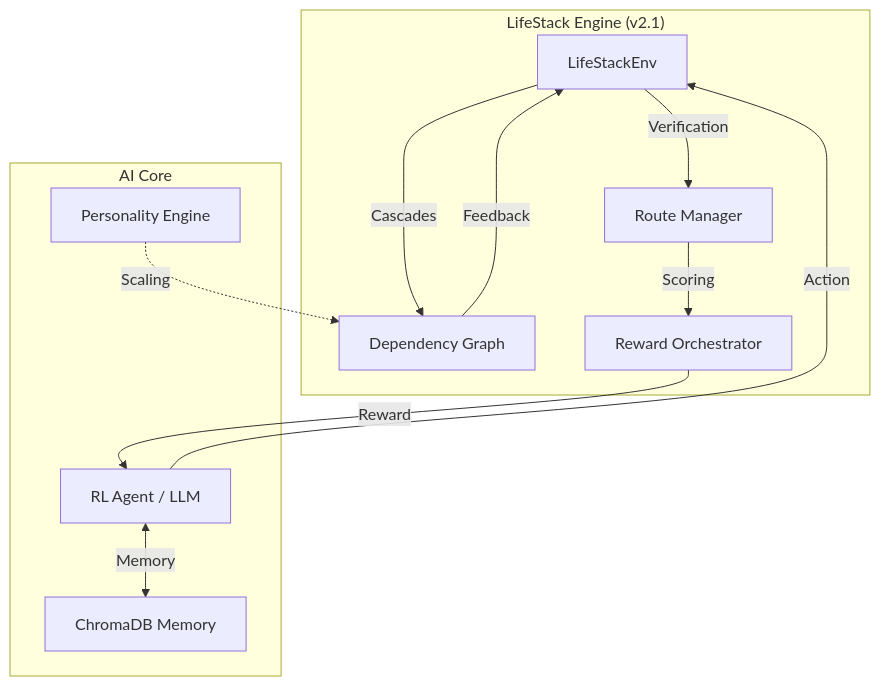
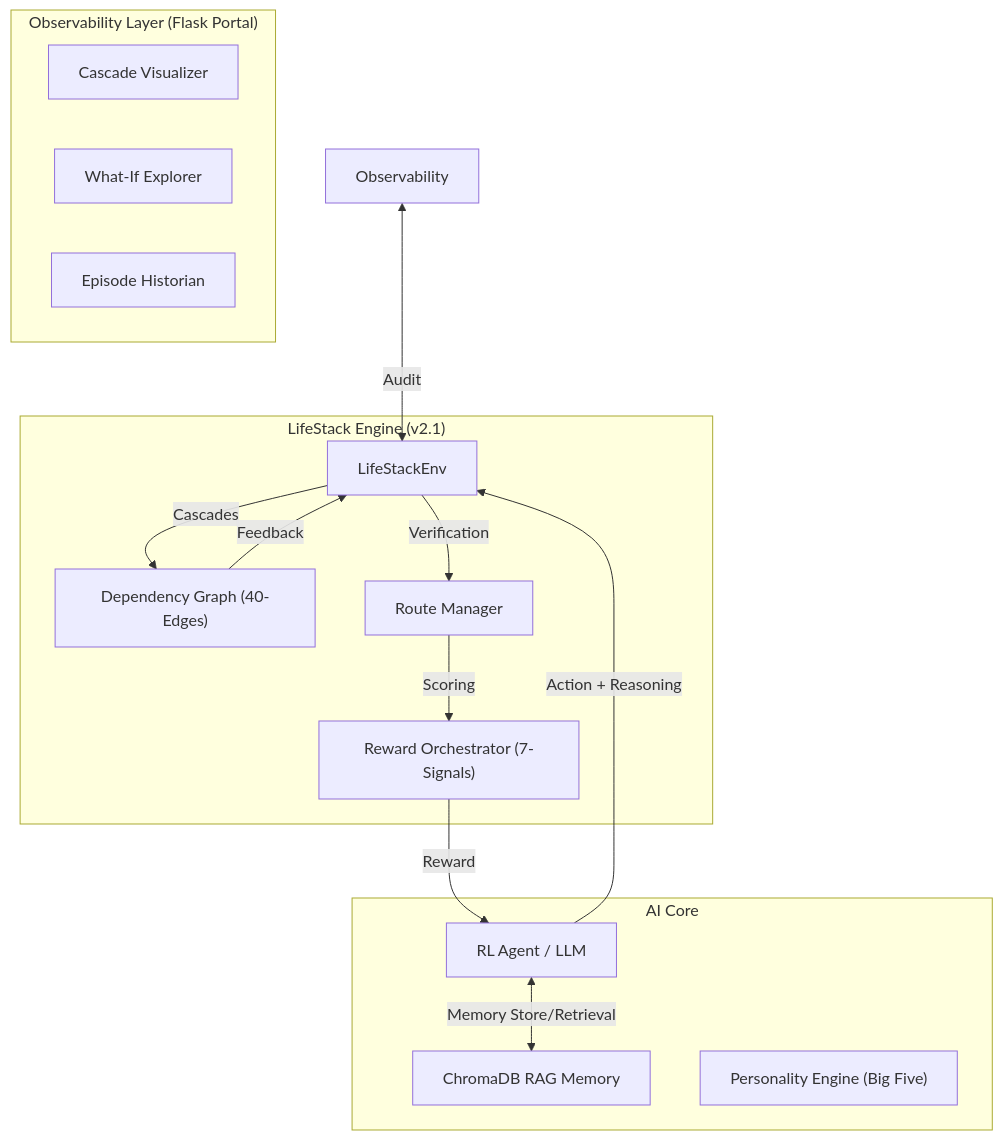
The diagram in README.md (oki-dokii/Meta-R2), drawn with Mermaid before and after one commit. The commit also changed other lines of this file and 1 other file, not shown here.

Commit message:
docs: Comprehensive documentation update reflecting hardened architecture and visual portal features

````diff
--- a/README.md
+++ b/README.md
@@ -53,24 +54,30 @@
 ```mermaid
 graph TD
     subgraph "LifeStack Engine (v2.1)"
         Env["LifeStackEnv"]
-        DG["Dependency Graph"]
+        DG["Dependency Graph (40-Edges)"]
         RT["Route Manager"]
-        RE["Reward Orchestrator"]
+        RE["Reward Orchestrator (7-Signals)"]
+    end
+
+    subgraph "Observability Layer (Flask Portal)"
+        CV["Cascade Visualizer"]
+        WI["What-If Explorer"]
+        Hist["Episode Historian"]
     end
 
     subgraph "AI Core"
         Agent["RL Agent / LLM"]
-        Mem["ChromaDB Memory"]
-        Pers["Personality Engine"]
+        Mem["ChromaDB RAG Memory"]
+        Pers["Personality Engine (Big Five)"]
     end
 
-    Agent -->|Action| Env
+    Agent -->|Action + Reasoning| Env
     Env -->|Cascades| DG
     DG -->|Feedback| Env
     Env -->|Verification| RT
     RT -->|Scoring| RE
     RE -->|Reward| Agent
-    Agent <-->|Memory| Mem
-    Pers -.->|Scaling| DG
+    Agent <-->|Memory Store/Retrieval| Mem
+    Observability <-->|Audit| Env
 ```
````
